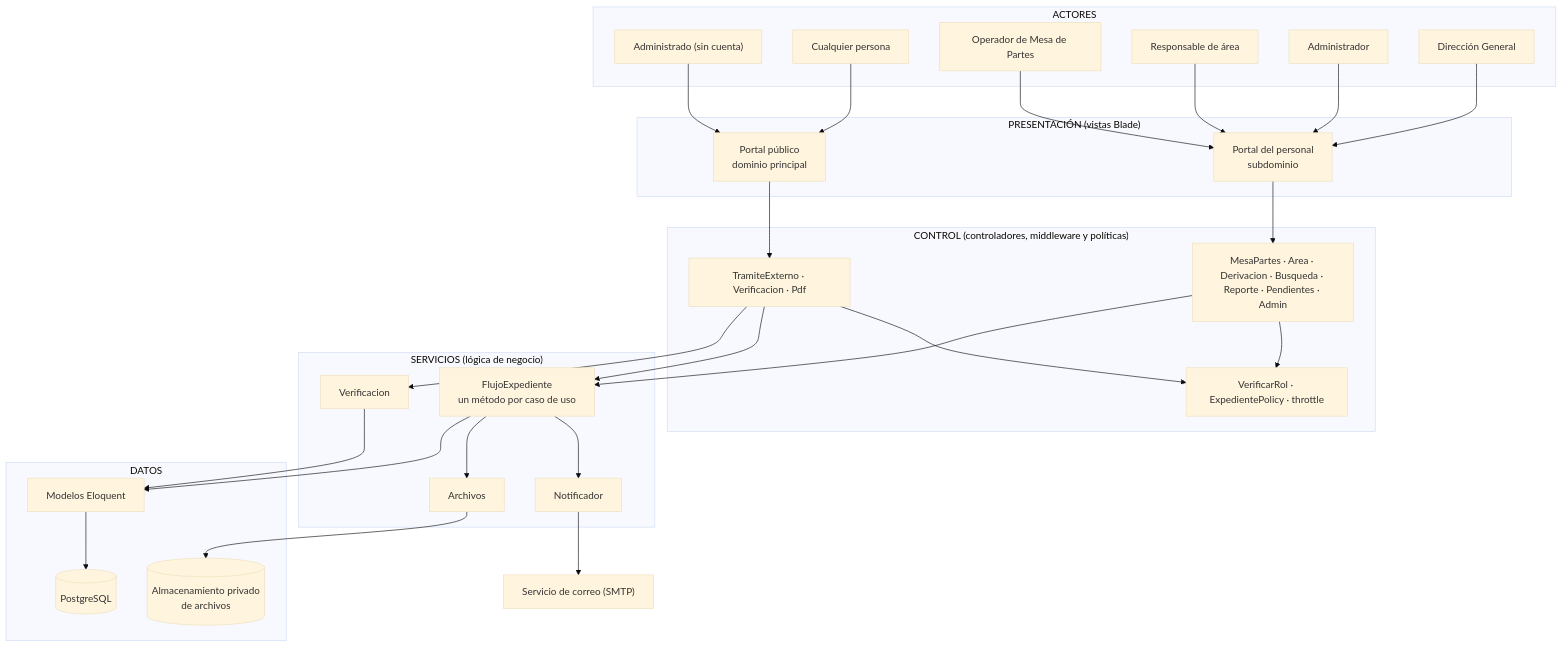
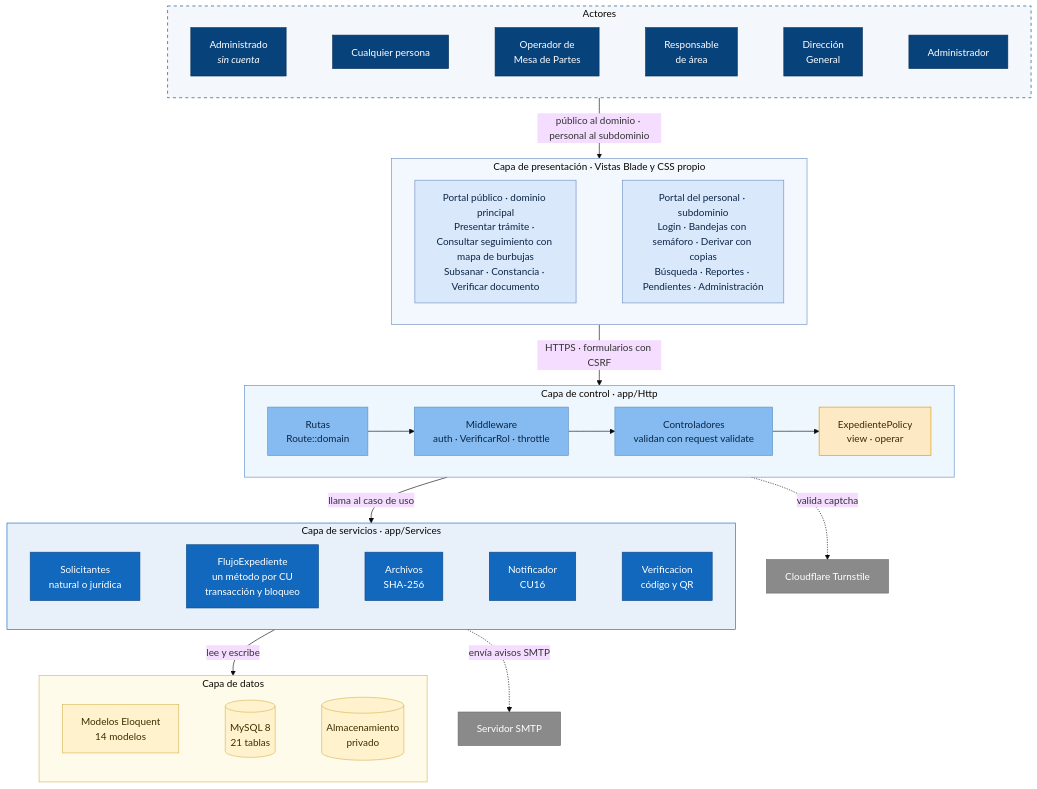
The diagram in docs/02-arquitectura-software/arquitectura-inicial.md (Yunfer2000/MesaPartes-arquitSoft), drawn with Mermaid (base theme) before and after one commit. The commit also changed other lines of this file and 12 other files, not shown here.

Commit message:
Sprint 1: MySQL en lugar de PostgreSQL, README por sprints y diagramas detallados

````diff
--- a/docs/02-arquitectura-software/arquitectura-inicial.md
+++ b/docs/02-arquitectura-software/arquitectura-inicial.md
@@ -7,59 +7,77 @@
 ```mermaid
-flowchart TD
-subgraph ACTORES["ACTORES"]
-    Adm["Administrado (sin cuenta)"]
-    Cual["Cualquier persona"]
-    Mesa["Operador de Mesa de Partes"]
-    Resp["Responsable de área"]
-    Admin["Administrador"]
-    Dir["Dirección General"]
-end
+flowchart TB
+    subgraph ACT[Actores]
+        direction LR
+        A1["Administrado<br/><i>sin cuenta</i>"]
+        A2["Cualquier persona"]
+        A3["Operador de<br/>Mesa de Partes"]
+        A4["Responsable<br/>de área"]
+        A5["Dirección<br/>General"]
+        A6["Administrador"]
+        A1 ~~~ A2 ~~~ A3 ~~~ A4 ~~~ A5 ~~~ A6
+    end
 
-subgraph PRESENTACION["PRESENTACIÓN (vistas Blade)"]
-    Pub["Portal público<br/>dominio principal"]
-    Per["Portal del personal<br/>subdominio"]
-end
+    subgraph PRE[Capa de presentación · Vistas Blade y CSS propio]
+        direction LR
+        P1["Portal público · dominio principal<br/>Presentar trámite · Consultar seguimiento con mapa de burbujas<br/>Subsanar · Constancia · Verificar documento"]
+        P2["Portal del personal · subdominio<br/>Login · Bandejas con semáforo · Derivar con copias<br/>Búsqueda · Reportes · Pendientes · Administración"]
+        P1 ~~~ P2
+    end
 
-subgraph CONTROL["CONTROL (controladores, middleware y políticas)"]
-    CPub["TramiteExterno · Verificacion · Pdf"]
-    CPer["MesaPartes · Area · Derivacion · Busqueda · Reporte · Pendientes · Admin"]
-    Seg["VerificarRol · ExpedientePolicy · throttle"]
-end
+    subgraph CON[Capa de control · app/Http]
+        direction LR
+        C1["Rutas<br/>Route::domain"]
+        C2["Middleware<br/>auth · VerificarRol · throttle"]
+        C3["Controladores<br/>validan con request validate"]
+        C4["ExpedientePolicy<br/>view · operar"]
+        C1 --> C2 --> C3 --> C4
+    end
 
-subgraph SERVICIOS["SERVICIOS (lógica de negocio)"]
-    Flujo["FlujoExpediente<br/>un método por caso de uso"]
-    Not["Notificador"]
-    Arch["Archivos"]
-    Ver["Verificacion"]
-end
+    subgraph SER[Capa de servicios · app/Services]
+        direction LR
+        S1["FlujoExpediente<br/>un método por CU<br/>transacción y bloqueo"]
+        S2["Solicitantes<br/>natural o jurídica"]
+        S3["Archivos<br/>SHA-256"]
+        S4["Notificador<br/>CU16"]
+        S5["Verificacion<br/>código y QR"]
+        S2 ~~~ S1 ~~~ S3 ~~~ S4 ~~~ S5
+    end
 
-subgraph DATOS["DATOS"]
-    Mod["Modelos Eloquent"]
-    BD[("PostgreSQL")]
-    Disco[("Almacenamiento privado<br/>de archivos")]
-end
+    subgraph DAT[Capa de datos]
+        direction LR
+        D1["Modelos Eloquent<br/>14 modelos"]
+        D2[("MySQL 8<br/>21 tablas")]
+        D3[("Almacenamiento<br/>privado")]
+        D1 ~~~ D2 ~~~ D3
+    end
 
-SMTP["Servicio de correo (SMTP)"]
+    E1["Servidor SMTP"]
+    E2["Cloudflare Turnstile"]
 
-Adm --> Pub
-Cual --> Pub
-Mesa --> Per
-Resp --> Per
-Admin --> Per
-Dir --> Per
+    ACT -- "público al dominio · personal al subdominio" --> PRE
+    PRE -- "HTTPS · formularios con CSRF" --> CON
+    CON -- "llama al caso de uso" --> SER
+    SER -- "lee y escribe" --> DAT
+    SER -. "envía avisos SMTP" .-> E1
+    CON -. "valida captcha" .-> E2
 
-Pub --> CPub
-Per --> CPer
-CPub --> Seg
-CPer --> Seg
-CPub --> Flujo
-CPer --> Flujo
-CPub --> Ver
-Flujo --> Not
-Flujo --> Arch
-Flujo --> Mod
-Ver --> Mod
-Arch --> Disco
-Mod --> BD
-Not --> SMTP
+    classDef actor fill:#08427b,stroke:#052e56,color:#ffffff
+    classDef pre fill:#dae8fc,stroke:#6c8ebf,color:#0b2545
+    classDef con fill:#85bbf0,stroke:#5d8fc4,color:#0b2545
+    classDef pol fill:#fde9c4,stroke:#d79b00,color:#3d2c00
+    classDef ser fill:#1168bd,stroke:#0b4884,color:#ffffff
+    classDef dat fill:#fff2cc,stroke:#d6b656,color:#3a3000
+    classDef ext fill:#8a8a8a,stroke:#6b6b6b,color:#ffffff
+    class A1,A2,A3,A4,A5,A6 actor
+    class P1,P2 pre
+    class C1,C2,C3 con
+    class C4 pol
+    class S1,S2,S3,S4,S5 ser
+    class D1,D2,D3 dat
+    class E1,E2 ext
+    style ACT fill:#f4f8fc,stroke:#08427b,stroke-dasharray:5 5
+    style PRE fill:#f3f8ff,stroke:#6c8ebf
+    style CON fill:#eef6fe,stroke:#5d8fc4
+    style SER fill:#e8f0fa,stroke:#1168bd
+    style DAT fill:#fffbea,stroke:#d6b656
 ```
````
